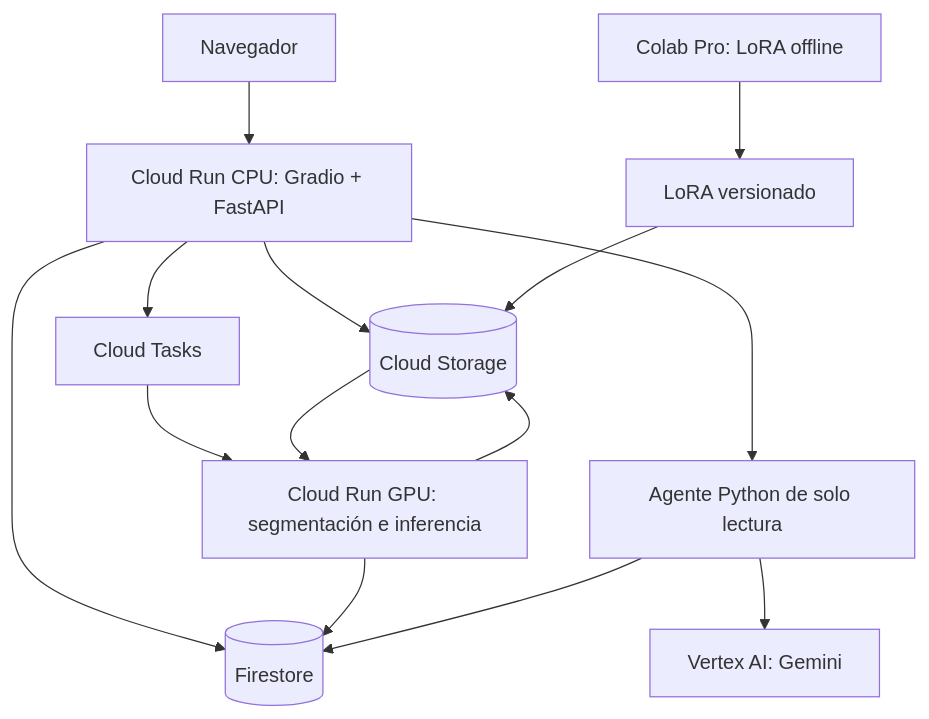
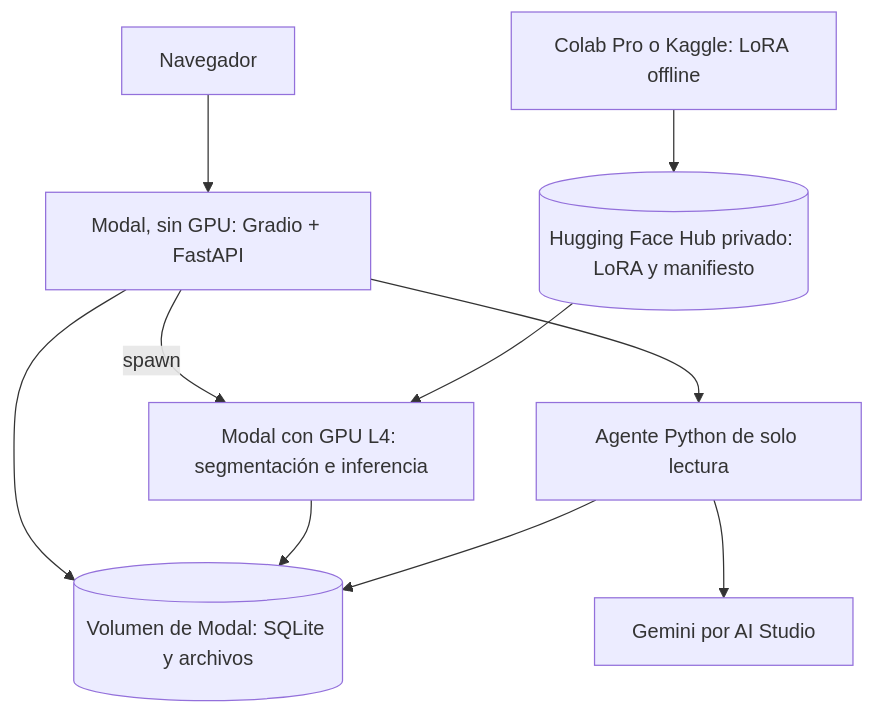
One commit to IsaacVera10/productshot-ai changed the fifth of 6 diagrams in docs/01_ARQUITECTURA.md. Above: the diagram before and after it, drawn with Mermaid. The commit also changed other lines of this file and 7 other files, not shown here.

First line of the commit message:
docs: infraestructura sin créditos de gcp con piezas intercambiables (adr-009)

````diff
--- a/docs/01_ARQUITECTURA.md
+++ b/docs/01_ARQUITECTURA.md
@@ -207,16 +212,12 @@
 ```mermaid
 flowchart TD
-    USER["Navegador"] --> WEB["Cloud Run CPU: Gradio + FastAPI"]
-    WEB --> STORE[("Cloud Storage")]
-    WEB --> META[("Firestore")]
-    WEB --> TASK["Cloud Tasks"]
-    TASK --> GPU["Cloud Run GPU: segmentación e inferencia"]
-    GPU --> STORE
-    GPU --> META
+    USER["Navegador"] --> WEB["Modal, sin GPU: Gradio + FastAPI"]
+    WEB --> VOL[("Volumen de Modal: SQLite y archivos")]
+    WEB -->|"spawn"| GPU["Modal con GPU L4: segmentación e inferencia"]
+    GPU --> VOL
     WEB --> AGENT["Agente Python de solo lectura"]
-    AGENT --> GEM["Vertex AI: Gemini"]
-    AGENT --> META
-    COLAB["Colab Pro: LoRA offline"] --> ART["LoRA versionado"]
-    ART --> STORE
-    STORE --> GPU
+    AGENT --> GEM["Gemini por AI Studio"]
+    AGENT --> VOL
+    COLAB["Colab Pro o Kaggle: LoRA offline"] --> HUB[("Hugging Face Hub privado: LoRA y manifiesto")]
+    HUB --> GPU
 ```
````
